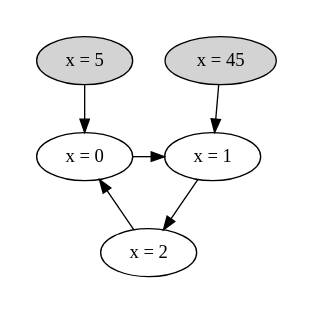
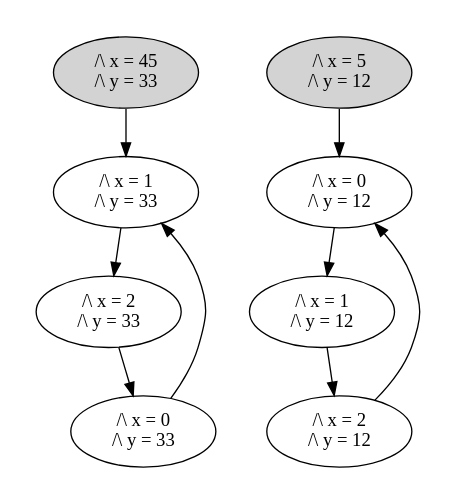
Before and after one commit to will62794/tla-web: the diagram in specs/with_state_graphs/simple_extends_instance_def_with_var_subst_and_primed_action.tla.dot, drawn with Graphviz. The commit also changed 5 other files, not shown here.

```diff
--- a/specs/with_state_graphs/simple_extends_instance_def_with_var_subst_and_primed_action.tla.dot
+++ b/specs/with_state_graphs/simple_extends_instance_def_with_var_subst_and_primed_action.tla.dot
@@ -1,19 +1,26 @@
 strict digraph DiskGraph {
 nodesep=0.35;
 subgraph cluster_graph {
 color="white";
-4923445692854152869 [label="x = 5",style = filled]
--7468425565063145670 [label="x = 45",style = filled]
-4923445692854152869 -> 8132692779957249086 [label="",color="black",fontcolor="black"];
-8132692779957249086 [label="x = 0"];
--7468425565063145670 -> -6230161439325923452 [label="",color="black",fontcolor="black"];
--6230161439325923452 [label="x = 1"];
-8132692779957249086 -> -6230161439325923452 [label="",color="black",fontcolor="black"];
--6230161439325923452 -> -5039642576729477619 [label="",color="black",fontcolor="black"];
--5039642576729477619 [label="x = 2"];
--5039642576729477619 -> 8132692779957249086 [label="",color="black",fontcolor="black"];
-{rank = same; -7468425565063145670;4923445692854152869;}
-{rank = same; 8132692779957249086;-6230161439325923452;}
-{rank = same; -5039642576729477619;}
+-7416941435862882270 [label="/\\ x = 5\n/\\ y = 12",style = filled]
+3645145528189483555 [label="/\\ x = 45\n/\\ y = 33",style = filled]
+-7416941435862882270 -> 6656155087056622680 [label="",color="black",fontcolor="black"];
+6656155087056622680 [label="/\\ x = 0\n/\\ y = 12"];
+3645145528189483555 -> -4071977952000624891 [label="",color="black",fontcolor="black"];
+-4071977952000624891 [label="/\\ x = 1\n/\\ y = 33"];
+6656155087056622680 -> 3457251424751895553 [label="",color="black",fontcolor="black"];
+3457251424751895553 [label="/\\ x = 1\n/\\ y = 12"];
+-4071977952000624891 -> 6022288610897627118 [label="",color="black",fontcolor="black"];
+6022288610897627118 [label="/\\ x = 2\n/\\ y = 33"];
+3457251424751895553 -> -4966197225238268694 [label="",color="black",fontcolor="black"];
+-4966197225238268694 [label="/\\ x = 2\n/\\ y = 12"];
+6022288610897627118 -> -5415407358012545188 [label="",color="black",fontcolor="black"];
+-5415407358012545188 [label="/\\ x = 0\n/\\ y = 33"];
+-4966197225238268694 -> 6656155087056622680 [label="",color="black",fontcolor="black"];
+-5415407358012545188 -> -4071977952000624891 [label="",color="black",fontcolor="black"];
+{rank = same; -7416941435862882270;3645145528189483555;}
+{rank = same; 6656155087056622680;-4071977952000624891;}
+{rank = same; 6022288610897627118;3457251424751895553;}
+{rank = same; -4966197225238268694;-5415407358012545188;}
 }
 }
```
